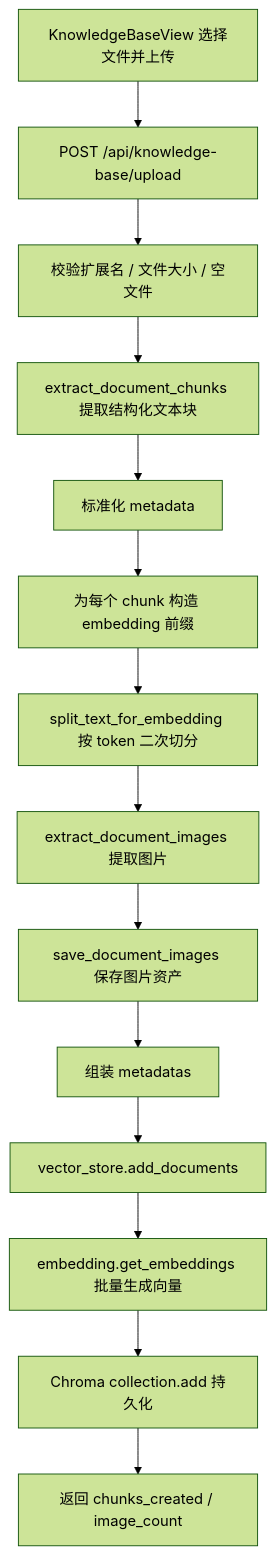
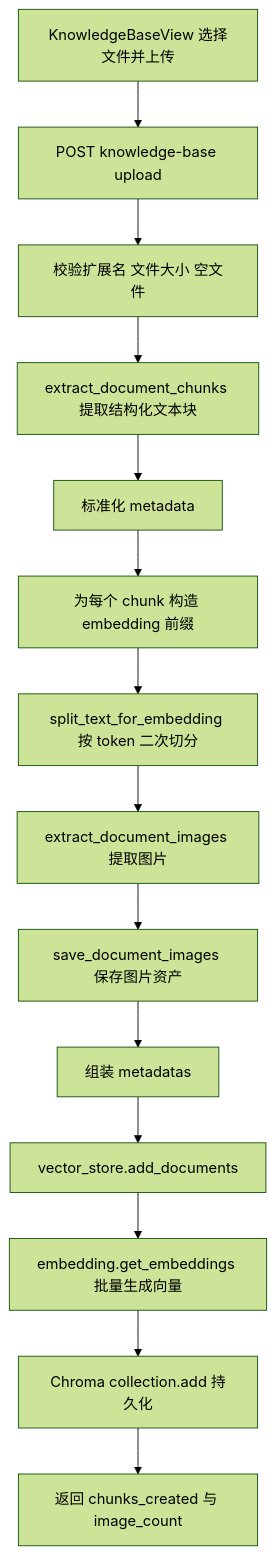
Before and after one commit to emotion-exit/rag-agent: the third of 6 diagrams in docs/项目执行流程分析.md, drawn with Mermaid (forest theme). The commit also changed other lines of this file and 10 other files, not shown here.

````diff
--- a/docs/项目执行流程分析.md
+++ b/docs/项目执行流程分析.md
@@ -218,16 +218,16 @@
 ```mermaid
 flowchart TD
-    A[KnowledgeBaseView 选择文件并上传] --> B[POST /api/knowledge-base/upload]
-    B --> C[校验扩展名 / 文件大小 / 空文件]
-    C --> D[extract_document_chunks 提取结构化文本块]
-    D --> E[标准化 metadata]
-    E --> F[为每个 chunk 构造 embedding 前缀]
-    F --> G[split_text_for_embedding 按 token 二次切分]
-    G --> H[extract_document_images 提取图片]
-    H --> I[save_document_images 保存图片资产]
-    I --> J[组装 metadatas]
-    J --> K[vector_store.add_documents]
-    K --> L[embedding.get_embeddings 批量生成向量]
-    L --> M[Chroma collection.add 持久化]
-    M --> N[返回 chunks_created / image_count]
+  A["KnowledgeBaseView 选择文件并上传"] --> B["POST knowledge-base upload"]
+  B --> C["校验扩展名 文件大小 空文件"]
+  C --> D["extract_document_chunks 提取结构化文本块"]
+  D --> E["标准化 metadata"]
+  E --> F["为每个 chunk 构造 embedding 前缀"]
+  F --> G["split_text_for_embedding 按 token 二次切分"]
+  G --> H["extract_document_images 提取图片"]
+  H --> I["save_document_images 保存图片资产"]
+  I --> J["组装 metadatas"]
+  J --> K["vector_store.add_documents"]
+  K --> L["embedding.get_embeddings 批量生成向量"]
+  L --> M["Chroma collection.add 持久化"]
+  M --> N["返回 chunks_created 与 image_count"]
 ```
````
